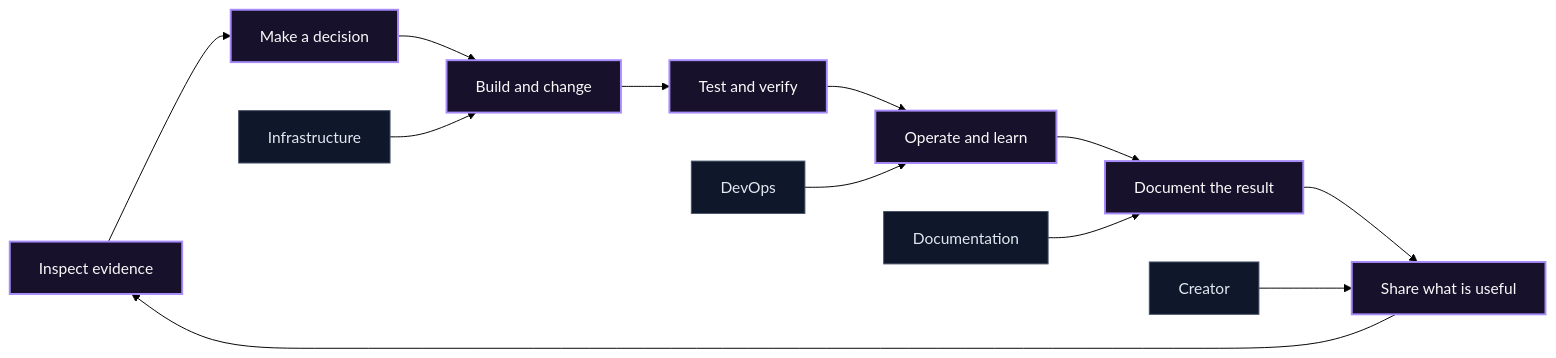
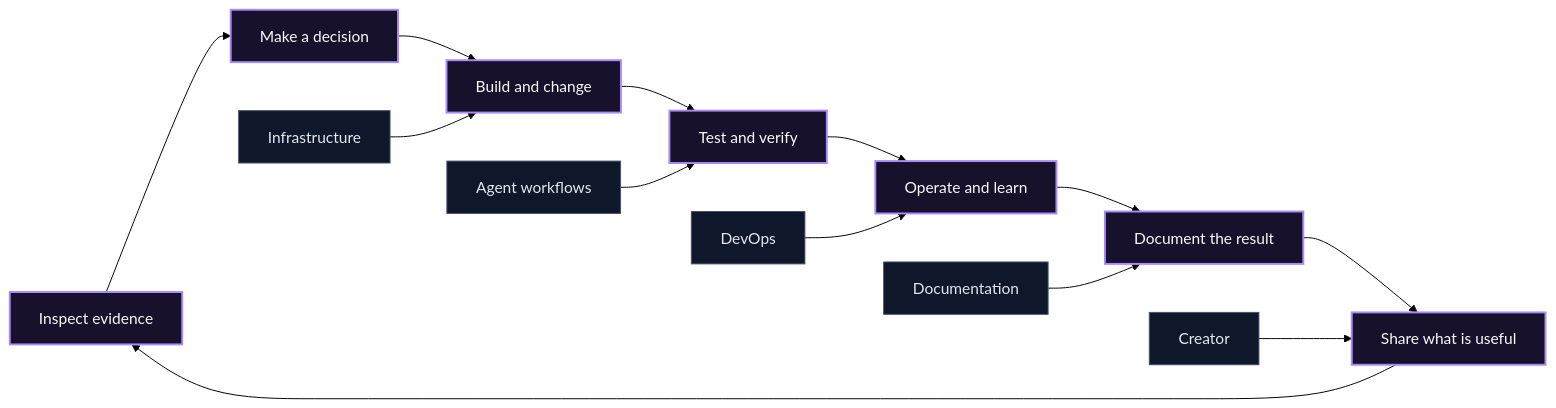
Before and after one commit to BRYANN2K/stipulate-skills: the diagram in README.md, drawn with Mermaid (forest theme). The commit also changed other lines of this file and 11 other files, not shown here.

````diff
--- a/README.md
+++ b/README.md
@@ -101,20 +107,21 @@
 ```mermaid
 flowchart LR
     Evidence["Inspect evidence"] --> Decide["Make a decision"]
     Decide --> Build["Build and change"]
     Build --> Verify["Test and verify"]
     Verify --> Operate["Operate and learn"]
     Operate --> Document["Document the result"]
     Document --> Share["Share what is useful"]
     Share --> Evidence
 
     Infra["Infrastructure"] --> Build
     DevOps["DevOps"] --> Operate
     Docs["Documentation"] --> Document
     Creator["Creator"] --> Share
+    Agent["Agent workflows"] --> Verify
 
     classDef core fill:#17112b,stroke:#a78bfa,color:#fafafa,stroke-width:2px;
     classDef domain fill:#0f172a,stroke:#475569,color:#e2e8f0;
     class Evidence,Decide,Build,Verify,Operate,Document,Share core;
-    class Infra,DevOps,Docs,Creator domain;
+    class Infra,DevOps,Docs,Creator,Agent domain;
 ```
````
